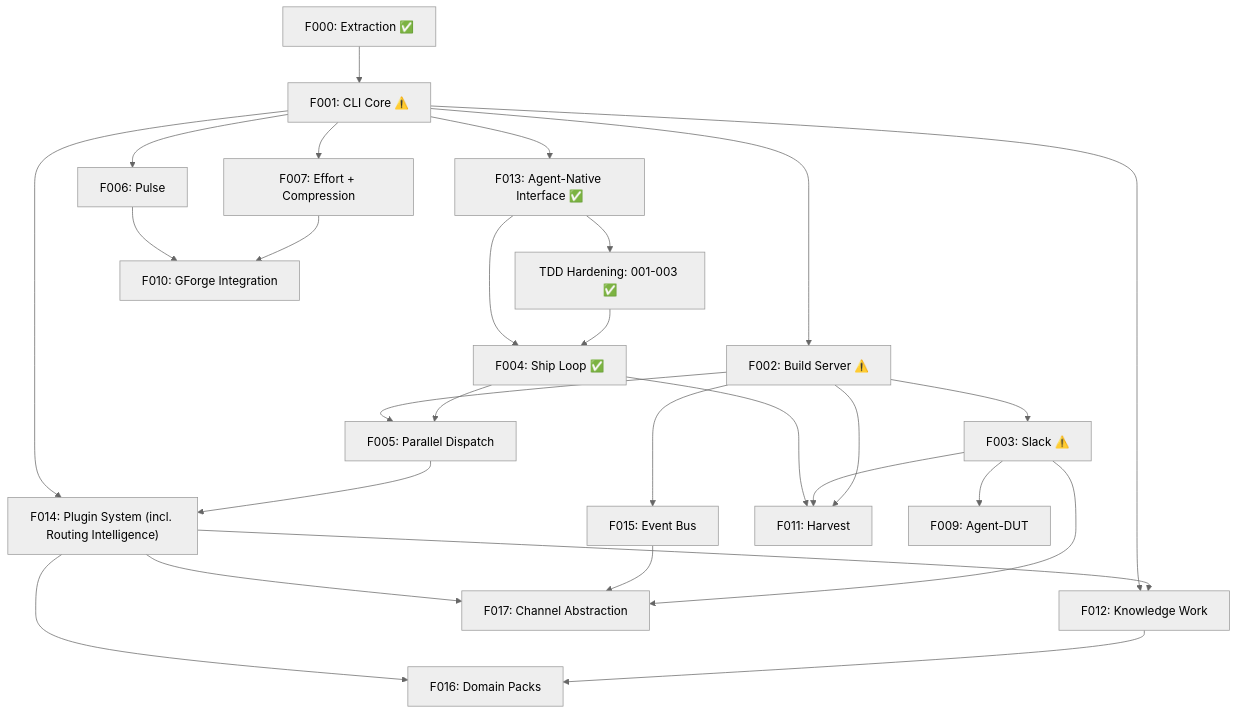
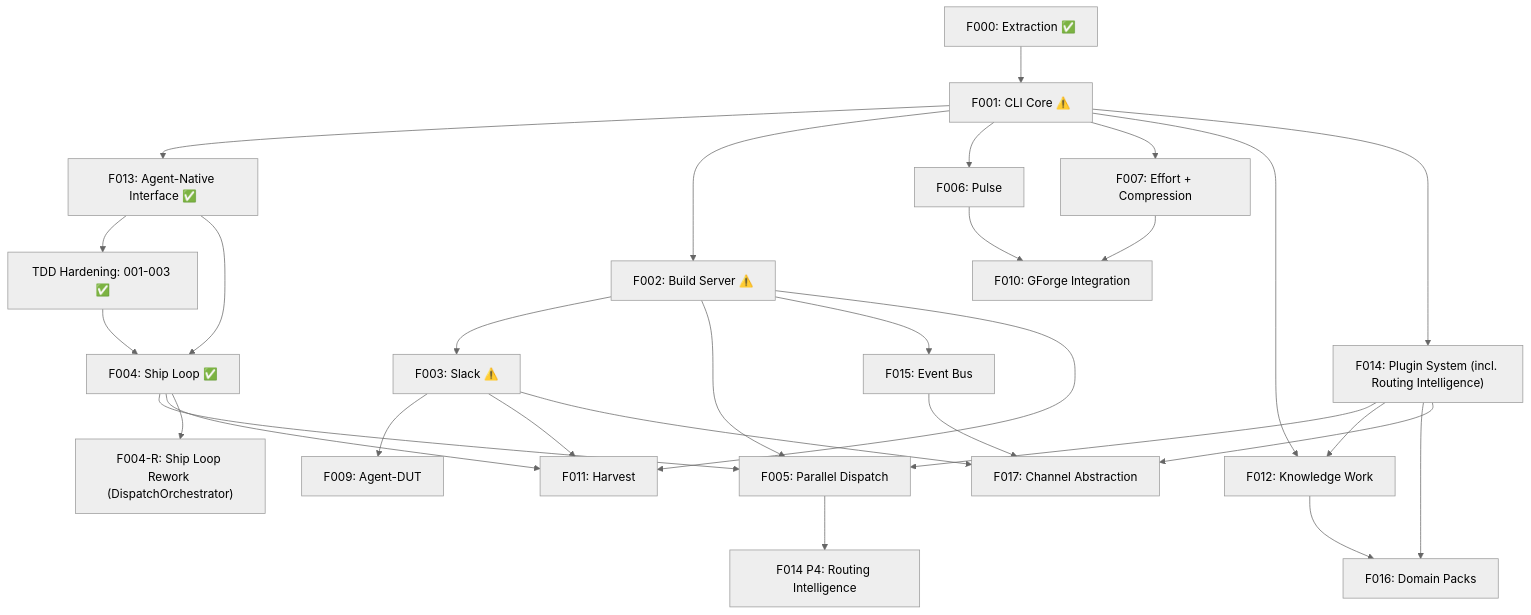
The first of 2 diagrams in specs/000-build-plan.md (gforge-esc/gwrk), drawn with Mermaid (neutral theme) before and after one commit. The commit also changed other lines of this file and 11 other files, not shown here.

````diff
--- a/specs/000-build-plan.md
+++ b/specs/000-build-plan.md
@@ -24,30 +24,32 @@
 ```mermaid
 graph TD
     F000["F000: Extraction ✅"] --> F001["F001: CLI Core ⚠️"]
     F001 --> F013["F013: Agent-Native Interface ✅"]
     F001 --> F002["F002: Build Server ⚠️"]
     F001 --> F006["F006: Pulse"]
     F001 --> F007["F007: Effort + Compression"]
     F001 --> F012["F012: Knowledge Work"]
     F001 --> F014["F014: Plugin System (incl. Routing Intelligence)"]
     F002 --> F003["F003: Slack ⚠️"]
     F002 --> F005["F005: Parallel Dispatch"]
     F002 --> F015["F015: Event Bus"]
     F013 --> TDD["TDD Hardening: 001-003 ✅"]
     F013 --> F004["F004: Ship Loop ✅"]
     TDD --> F004
     F004 --> F005
     F004 --> F011["F011: Harvest"]
-    F005 --> F014
+    F004 --> F004R["F004-R: Ship Loop Rework (DispatchOrchestrator)"]
+    F014 --> F005
+    F014 --> F012
+    F014 --> F016["F016: Domain Packs"]
+    F014 --> F017["F017: Channel Abstraction"]
     F003 --> F009["F009: Agent-DUT"]
     F003 --> F011
     F002 --> F011
     F006 --> F010["F010: GForge Integration"]
     F007 --> F010
-    F014 --> F012
-    F014 --> F016["F016: Domain Packs"]
-    F014 --> F017["F017: Channel Abstraction"]
     F015 --> F017
     F003 --> F017
     F012 --> F016
+    F005 --> F014P4["F014 P4: Routing Intelligence"]
 ```
````
